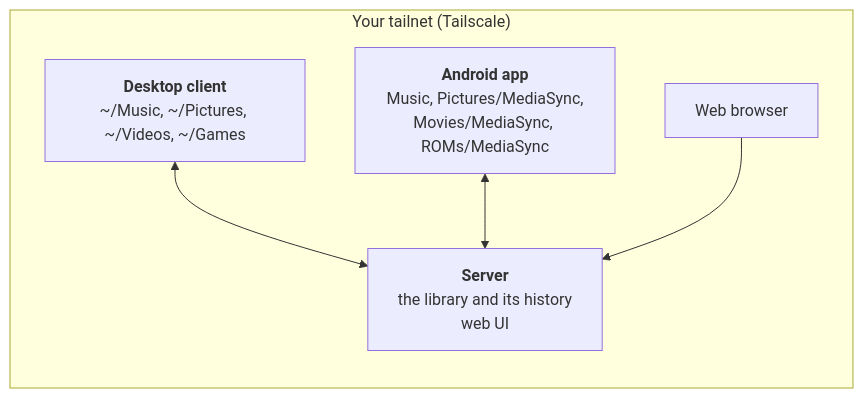
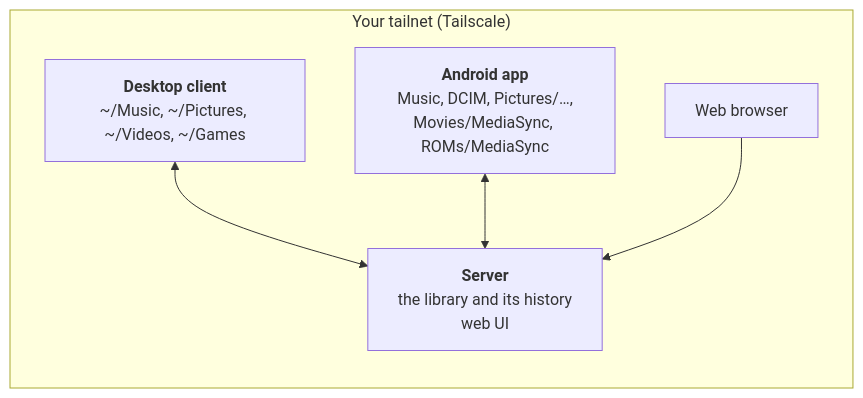
Before and after one commit to tblisonb/MediaSync: the diagram in README.md, drawn with Mermaid. The commit also changed other lines of this file and 9 other files, not shown here.

First line of the commit message:
App: sync any images/ folder with any folder on the phone

````diff
--- a/README.md
+++ b/README.md
@@ -26,12 +26,12 @@
 ```mermaid
 flowchart LR
     subgraph tailnet["Your tailnet (Tailscale)"]
         server["<b>Server</b><br/>the library and its history<br/>web UI"]
         pc["<b>Desktop client</b><br/>~/Music, ~/Pictures, ~/Videos, ~/Games"]
-        phone["<b>Android app</b><br/>Music, Pictures/MediaSync,<br/>Movies/MediaSync, ROMs/MediaSync"]
+        phone["<b>Android app</b><br/>Music, DCIM, Pictures/…,<br/>Movies/MediaSync, ROMs/MediaSync"]
         browser["Web browser"]
         pc <--> server
         phone <--> server
         browser --> server
     end
 ```
````
